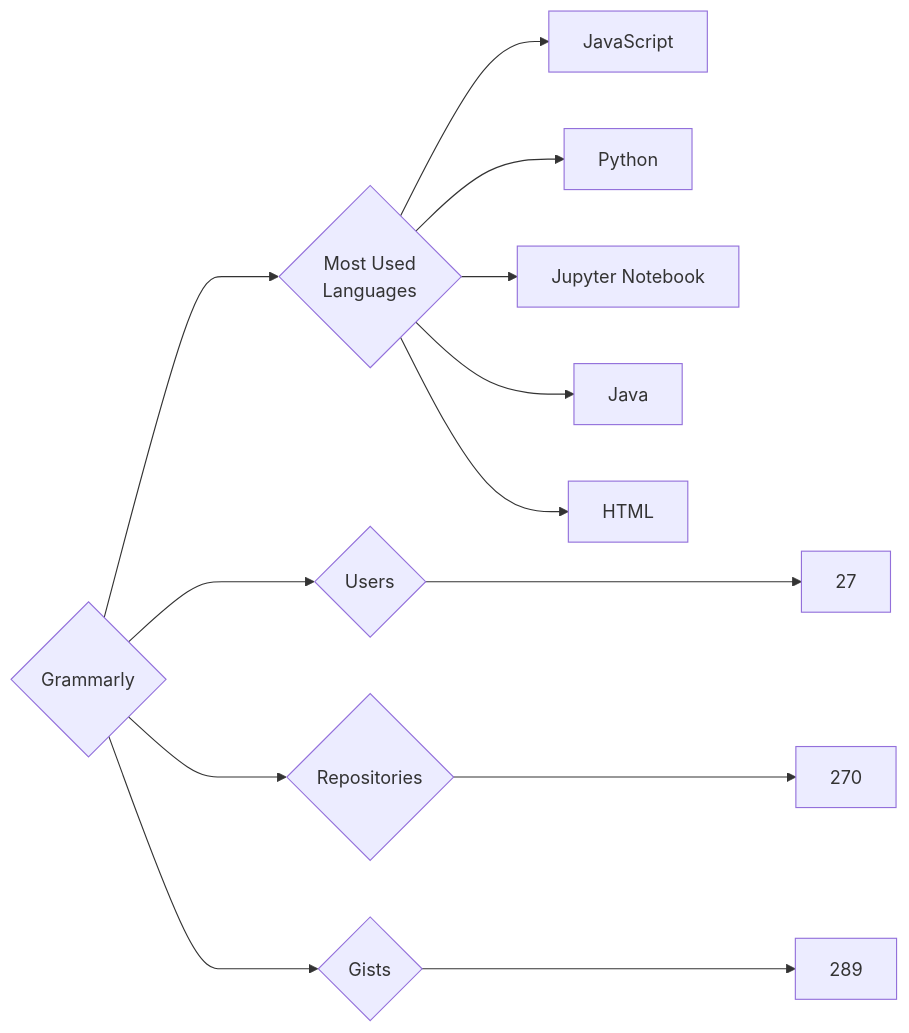
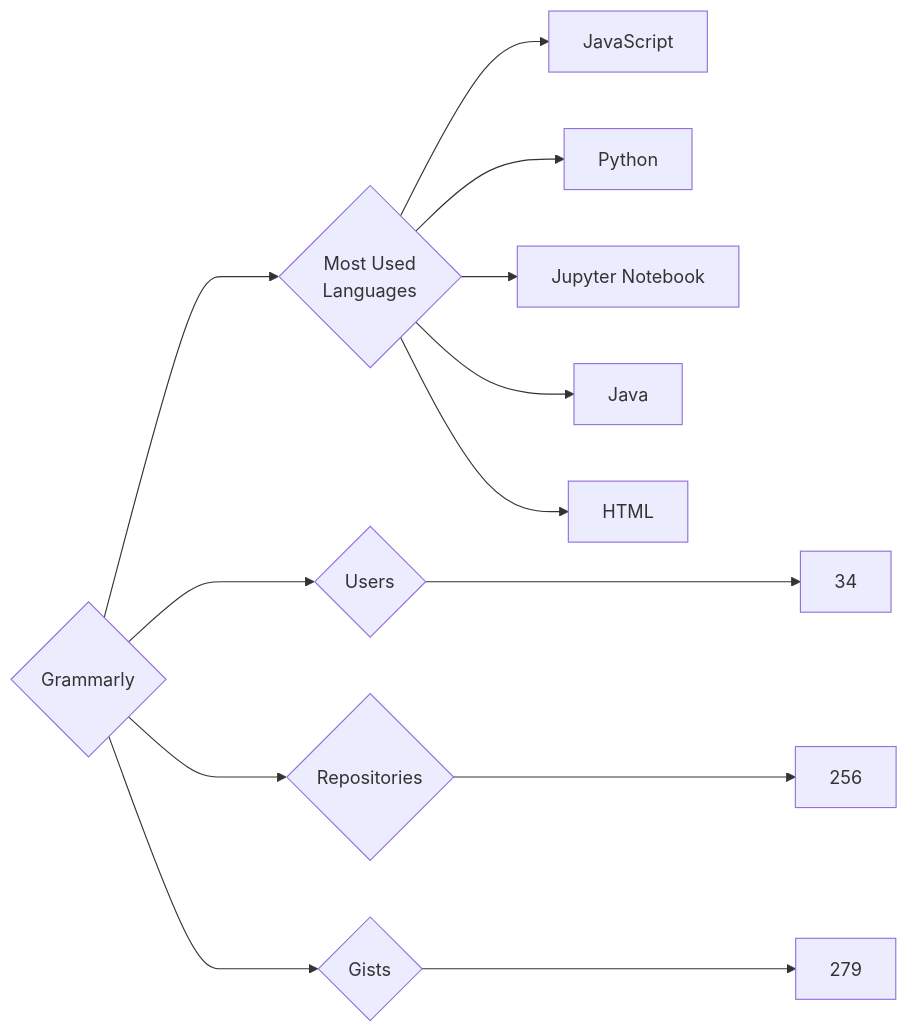
One commit to trickest/insiders changed the diagram in targets/Grammarly/README.md. Above: the diagram before and after it, drawn with Mermaid. The commit also changed 951 other files, not shown here.

````diff
--- a/targets/Grammarly/README.md
+++ b/targets/Grammarly/README.md
@@ -3,13 +3,13 @@
 ```mermaid
 graph LR
 COMPANY_NAME{Grammarly}
-COMPANY_NAME ---> U{Users} ---> UN[27]
-COMPANY_NAME ---> R{Repositories} ---> RN[270]
-COMPANY_NAME ---> G{Gists} ---> GN[289]
+COMPANY_NAME ---> U{Users} ---> UN[34]
+COMPANY_NAME ---> R{Repositories} ---> RN[256]
+COMPANY_NAME ---> G{Gists} ---> GN[279]
 COMPANY_NAME ---> ML{Most Used<br>Languages}
 ML --> JavaScript[JavaScript]
 ML --> Python[Python]
 ML --> Jupyter_Notebook[Jupyter Notebook]
 ML --> Java[Java]
 ML --> HTML[HTML]
 ```
````
